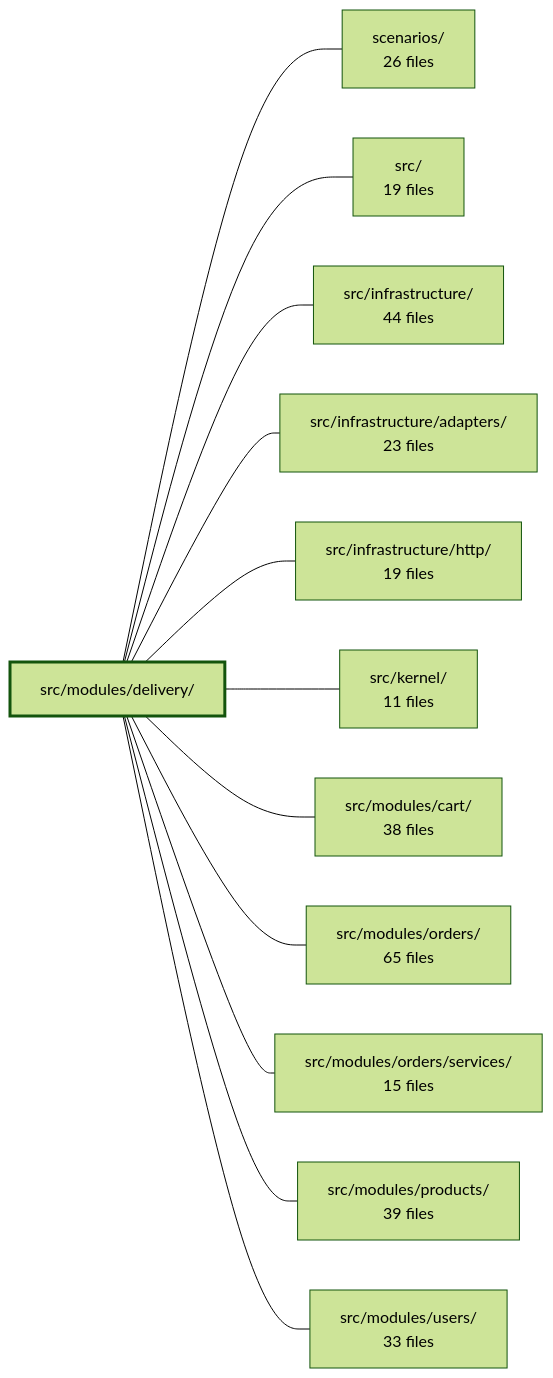
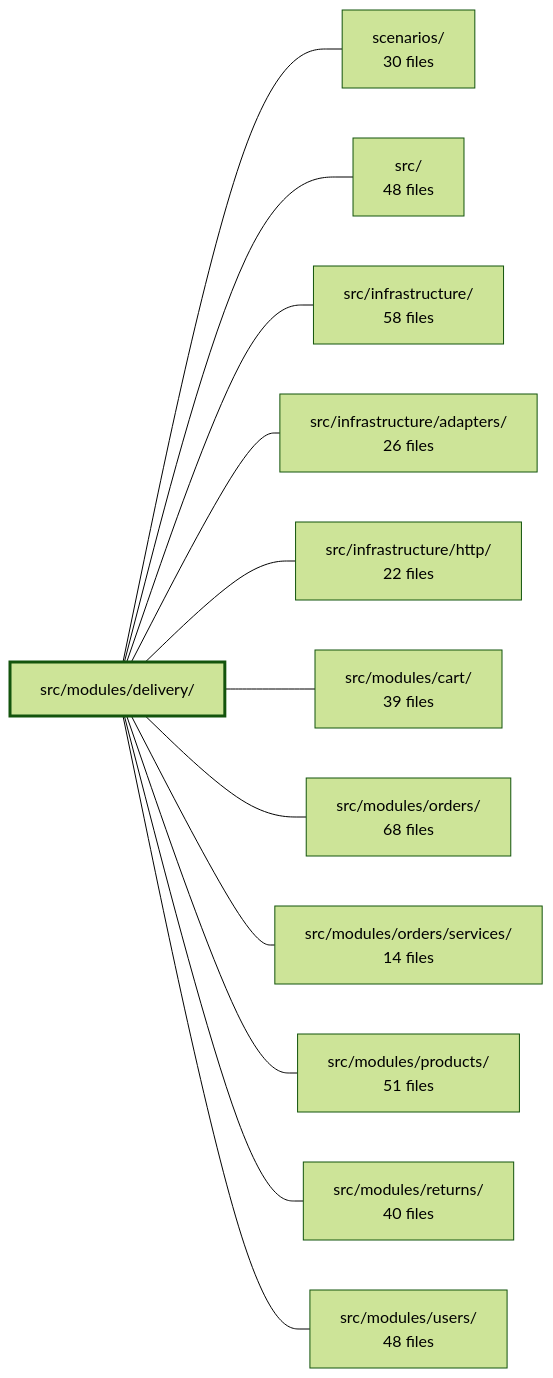
The diagram in .2brain/modules/boilerplate-node-backend_src_modules_delivery.md (Guebbit/boilerplate-node-backend), drawn with Mermaid (forest theme) before and after one commit. The commit also changed other lines of this file and 187 other files, not shown here.

````diff
--- a/.2brain/modules/boilerplate-node-backend_src_modules_delivery.md
+++ b/.2brain/modules/boilerplate-node-backend_src_modules_delivery.md
@@ -43,27 +42,27 @@
 ```mermaid
 flowchart LR
     m_src_modules_delivery["src/modules/delivery/"]
-    m_scenarios["scenarios/<br/>26 files"]
-    m_src["src/<br/>19 files"]
-    m_src_infrastructure["src/infrastructure/<br/>44 files"]
-    m_src_infrastructure_adapters["src/infrastructure/adapters/<br/>23 files"]
-    m_src_infrastructure_http["src/infrastructure/http/<br/>19 files"]
-    m_src_kernel["src/kernel/<br/>11 files"]
-    m_src_modules_cart["src/modules/cart/<br/>38 files"]
-    m_src_modules_orders["src/modules/orders/<br/>65 files"]
-    m_src_modules_orders_services["src/modules/orders/services/<br/>15 files"]
-    m_src_modules_products["src/modules/products/<br/>39 files"]
-    m_src_modules_users["src/modules/users/<br/>33 files"]
+    m_scenarios["scenarios/<br/>30 files"]
+    m_src["src/<br/>48 files"]
+    m_src_infrastructure["src/infrastructure/<br/>58 files"]
+    m_src_infrastructure_adapters["src/infrastructure/adapters/<br/>26 files"]
+    m_src_infrastructure_http["src/infrastructure/http/<br/>22 files"]
+    m_src_modules_cart["src/modules/cart/<br/>39 files"]
+    m_src_modules_orders["src/modules/orders/<br/>68 files"]
+    m_src_modules_orders_services["src/modules/orders/services/<br/>14 files"]
+    m_src_modules_products["src/modules/products/<br/>51 files"]
+    m_src_modules_returns["src/modules/returns/<br/>40 files"]
+    m_src_modules_users["src/modules/users/<br/>48 files"]
     m_src_modules_delivery --- m_scenarios
     m_src_modules_delivery --- m_src
     m_src_modules_delivery --- m_src_infrastructure
     m_src_modules_delivery --- m_src_infrastructure_adapters
     m_src_modules_delivery --- m_src_infrastructure_http
-    m_src_modules_delivery --- m_src_kernel
     m_src_modules_delivery --- m_src_modules_cart
     m_src_modules_delivery --- m_src_modules_orders
     m_src_modules_delivery --- m_src_modules_orders_services
     m_src_modules_delivery --- m_src_modules_products
+    m_src_modules_delivery --- m_src_modules_returns
     m_src_modules_delivery --- m_src_modules_users
     style m_src_modules_delivery stroke-width:3px
 ```
````
